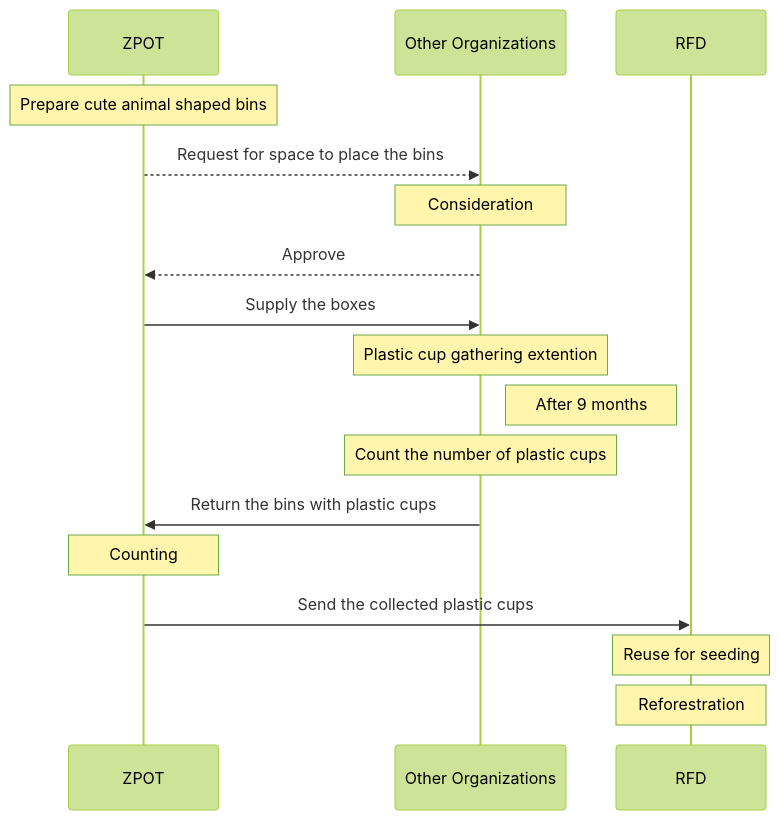
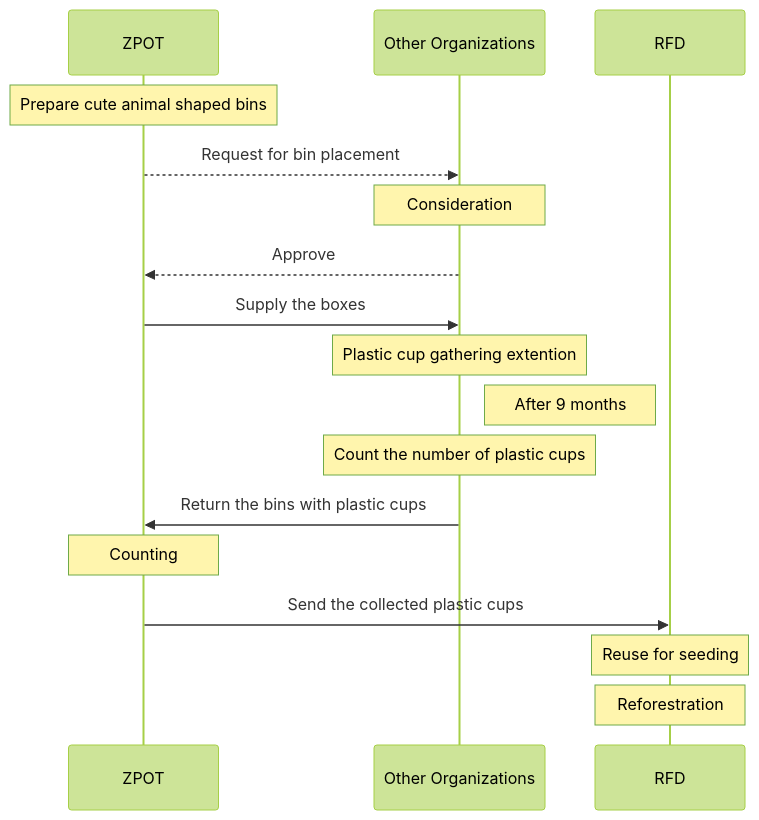
One commit to Kietpawpan/carbon changed the first of 2 diagrams in README.md. Above: the diagram before and after it, drawn with Mermaid (forest theme).

````diff
--- a/README.md
+++ b/README.md
@@ -11,16 +11,16 @@
 ```mermaid
 sequenceDiagram
     Note over ZPOT: Prepare cute animal shaped bins  
-    ZPOT-->>Other Organizations: Request for space to place the bins
+    ZPOT-->>Other Organizations: Request for bin placement
     Note over Other Organizations: Consideration
     Other Organizations-->>ZPOT: Approve
     ZPOT->>Other Organizations: Supply the boxes
     Note over Other Organizations: Plastic cup gathering extention
     Note right of Other Organizations: After 9 months
     Note over Other Organizations: Count the number of plastic cups
     Other Organizations->>ZPOT: Return the bins with plastic cups
     Note over ZPOT: Counting
     ZPOT->>RFD: Send the collected plastic cups
     Note over RFD: Reuse for seeding
     Note over RFD: Reforestration
 ```
````
